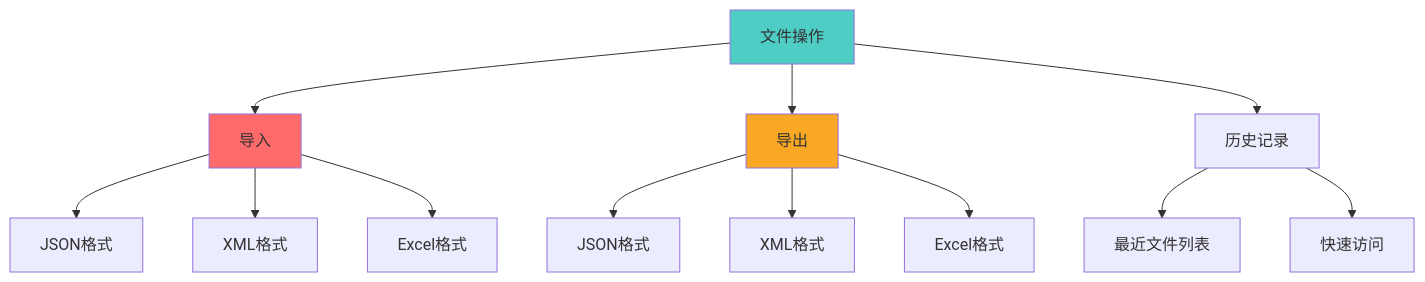
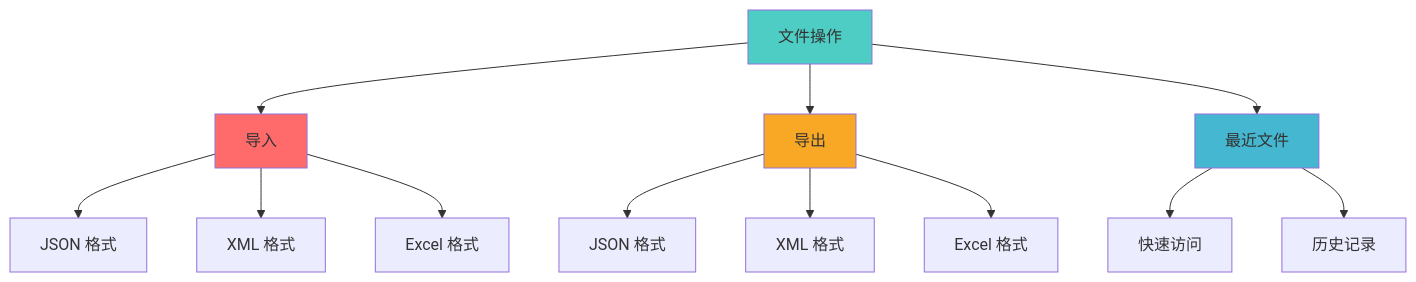
The third of 6 diagrams in README.md (hemy08/LingJingToDo), drawn with Mermaid before and after one commit. The commit also changed other lines of this file and 2 other files, not shown here.

````diff
--- a/README.md
+++ b/README.md
@@ -98,21 +134,22 @@
 ```mermaid
 graph TB
     A[文件操作] --> B[导入]
     A --> C[导出]
-    A --> D[历史记录]
+    A --> D[最近文件]
     
-    B --> B1[JSON格式]
-    B --> B2[XML格式]
-    B --> B3[Excel格式]
+    B --> B1[JSON 格式]
+    B --> B2[XML 格式]
+    B --> B3[Excel 格式]
     
-    C --> C1[JSON格式]
-    C --> C2[XML格式]
-    C --> C3[Excel格式]
+    C --> C1[JSON 格式]
+    C --> C2[XML 格式]
+    C --> C3[Excel 格式]
     
-    D --> D1[最近文件列表]
-    D --> D2[快速访问]
+    D --> D1[快速访问]
+    D --> D2[历史记录]
     
     style A fill:#4ecdc4
     style B fill:#ff6b6b
     style C fill:#f9a825
+    style D fill:#45b7d1
 ```
````
